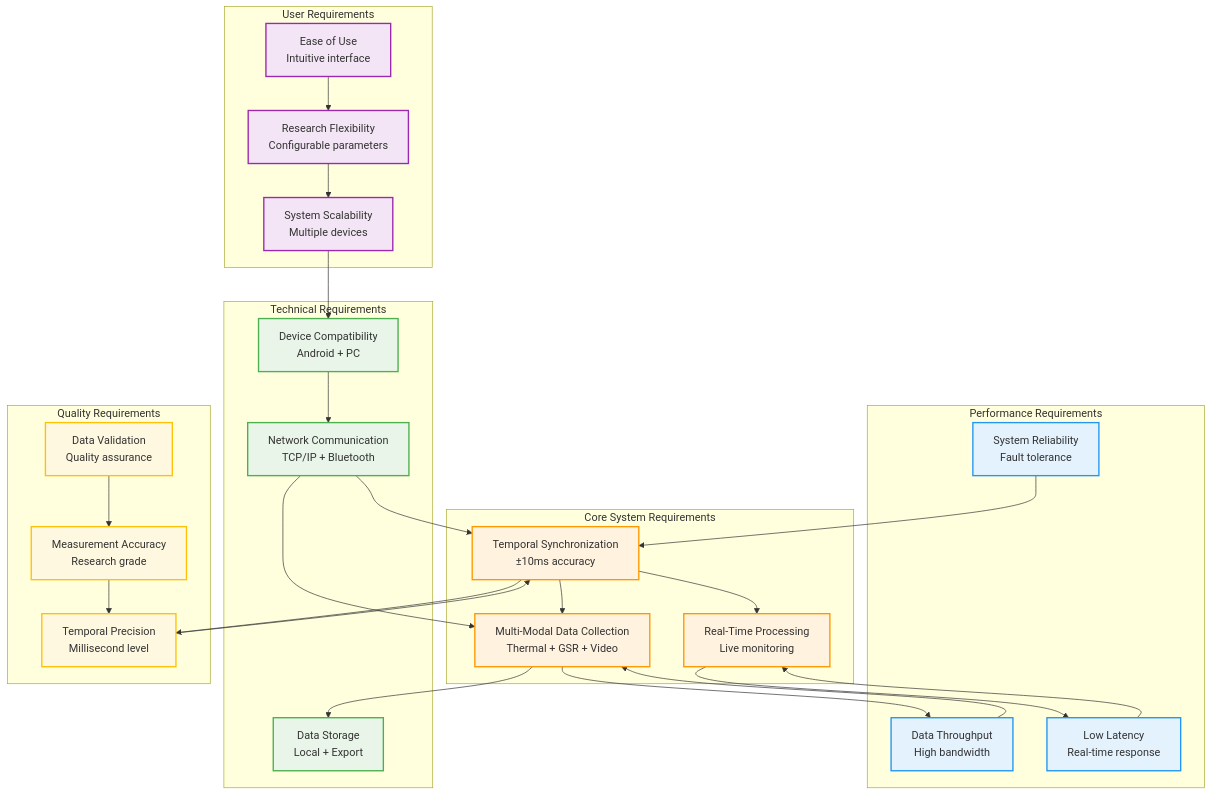
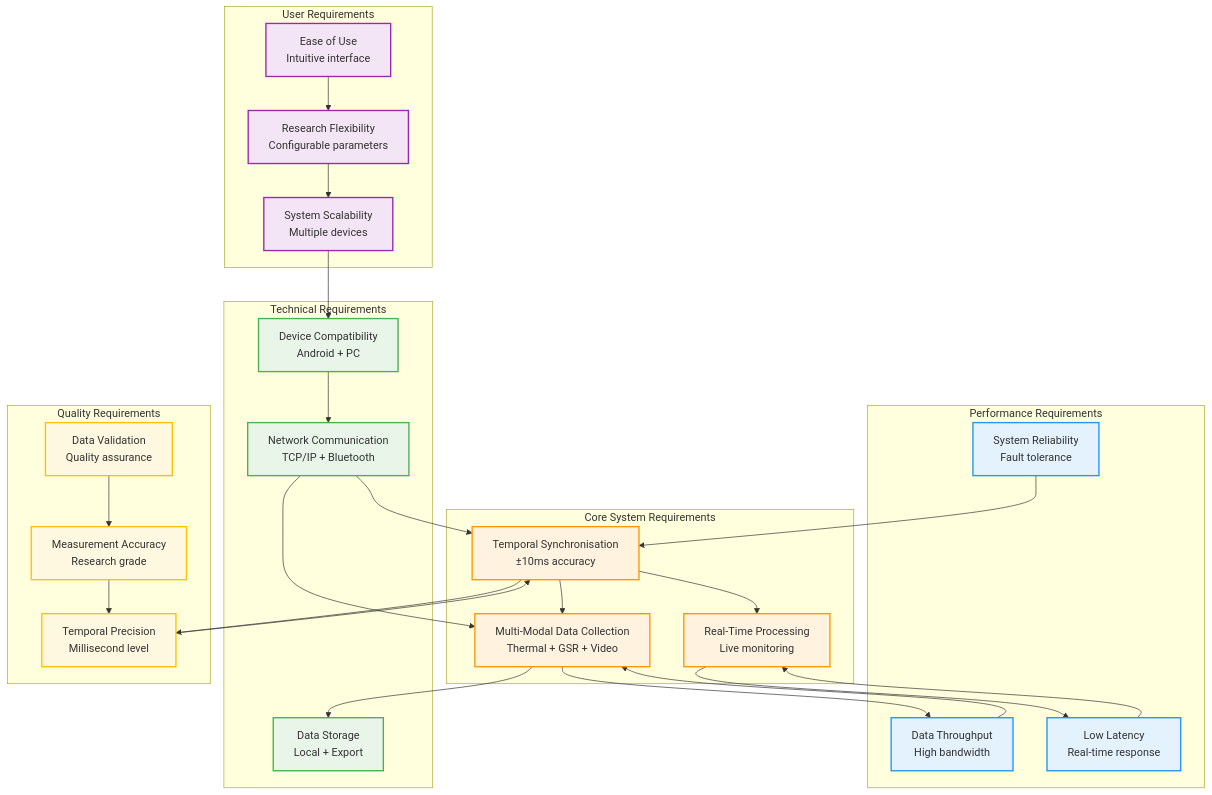
One commit to buccancs/fyp-multi-sensor-recording-system changed the fourth of 19 diagrams in docs/diagrams/missing_diagrams_generated.md. Above: the diagram before and after it, drawn with Mermaid. The commit also changed other lines of this file and 56 other files, not shown here.

````diff
--- a/docs/diagrams/missing_diagrams_generated.md
+++ b/docs/diagrams/missing_diagrams_generated.md
@@ -156,74 +156,74 @@
 ```mermaid
 graph TB
     subgraph CORE_REQUIREMENTS ["Core System Requirements"]
-        SYNC["Temporal Synchronization<br/>±10ms accuracy"]
+        SYNC["Temporal Synchronisation<br/>±10ms accuracy"]
         MULTI_MODAL["Multi-Modal Data Collection<br/>Thermal + GSR + Video"]
         REAL_TIME["Real-Time Processing<br/>Live monitoring"]
     end
     
     subgraph TECHNICAL_REQUIREMENTS ["Technical Requirements"]
         NETWORK["Network Communication<br/>TCP/IP + Bluetooth"]
         DATA_STORAGE["Data Storage<br/>Local + Export"]
         DEVICE_COMPAT["Device Compatibility<br/>Android + PC"]
     end
     
     subgraph PERFORMANCE_REQUIREMENTS ["Performance Requirements"]
         THROUGHPUT["Data Throughput<br/>High bandwidth"]
         LATENCY["Low Latency<br/>Real-time response"]
         RELIABILITY["System Reliability<br/>Fault tolerance"]
     end
     
     subgraph USER_REQUIREMENTS ["User Requirements"]
         USABILITY["Ease of Use<br/>Intuitive interface"]
         FLEXIBILITY["Research Flexibility<br/>Configurable parameters"]
         SCALABILITY["System Scalability<br/>Multiple devices"]
     end
     
     subgraph QUALITY_REQUIREMENTS ["Quality Requirements"]
         ACCURACY["Measurement Accuracy<br/>Research grade"]
         PRECISION["Temporal Precision<br/>Millisecond level"]
         VALIDATION["Data Validation<br/>Quality assurance"]
     end
     
     %% Core dependencies
     SYNC --> MULTI_MODAL
     SYNC --> REAL_TIME
     MULTI_MODAL --> DATA_STORAGE
     
     %% Technical dependencies
     NETWORK --> SYNC
     NETWORK --> MULTI_MODAL
     DEVICE_COMPAT --> NETWORK
     
     %% Performance dependencies
     THROUGHPUT --> MULTI_MODAL
     LATENCY --> REAL_TIME
     RELIABILITY --> SYNC
     
     %% User requirement dependencies
     USABILITY --> FLEXIBILITY
     FLEXIBILITY --> SCALABILITY
     SCALABILITY --> DEVICE_COMPAT
     
     %% Quality dependencies
     ACCURACY --> PRECISION
     PRECISION --> SYNC
     VALIDATION --> ACCURACY
     
     %% Cross-category dependencies
     REAL_TIME --> LATENCY
     MULTI_MODAL --> THROUGHPUT
     SYNC --> PRECISION
     
     classDef core fill:#fff3e0,stroke:#ff9800,stroke-width:2px
     classDef technical fill:#e8f5e8,stroke:#4caf50,stroke-width:2px
     classDef performance fill:#e3f2fd,stroke:#2196f3,stroke-width:2px
     classDef user fill:#f3e5f5,stroke:#9c27b0,stroke-width:2px
     classDef quality fill:#fff8e1,stroke:#ffc107,stroke-width:2px
     
     class SYNC,MULTI_MODAL,REAL_TIME core
     class NETWORK,DATA_STORAGE,DEVICE_COMPAT technical
     class THROUGHPUT,LATENCY,RELIABILITY performance
     class USABILITY,FLEXIBILITY,SCALABILITY user
     class ACCURACY,PRECISION,VALIDATION quality
 ```
````
